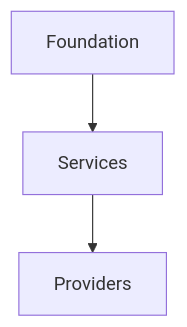
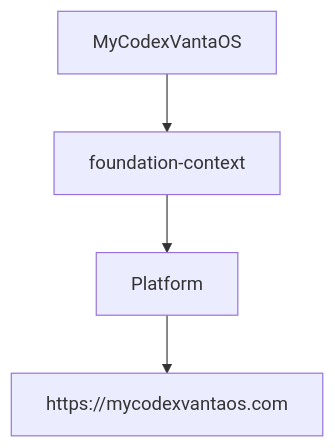
One commit to mycodexvantaos/mcv changed the diagram in foundation/diagrams/foundation-context.mmd. Above: the diagram before and after it, drawn with Mermaid. The commit also changed 844 other files, not shown here.

```diff
--- a/foundation/diagrams/foundation-context.mmd
+++ b/foundation/diagrams/foundation-context.mmd
@@ -1,3 +1,4 @@
 graph TD
-    A[Foundation] --> B[Services]
-    B --> C[Providers]
+    A[MyCodexVantaOS] --> B[foundation-context]
+    B --> C[Platform]
+    C --> D[https://mycodexvantaos.com]
```
